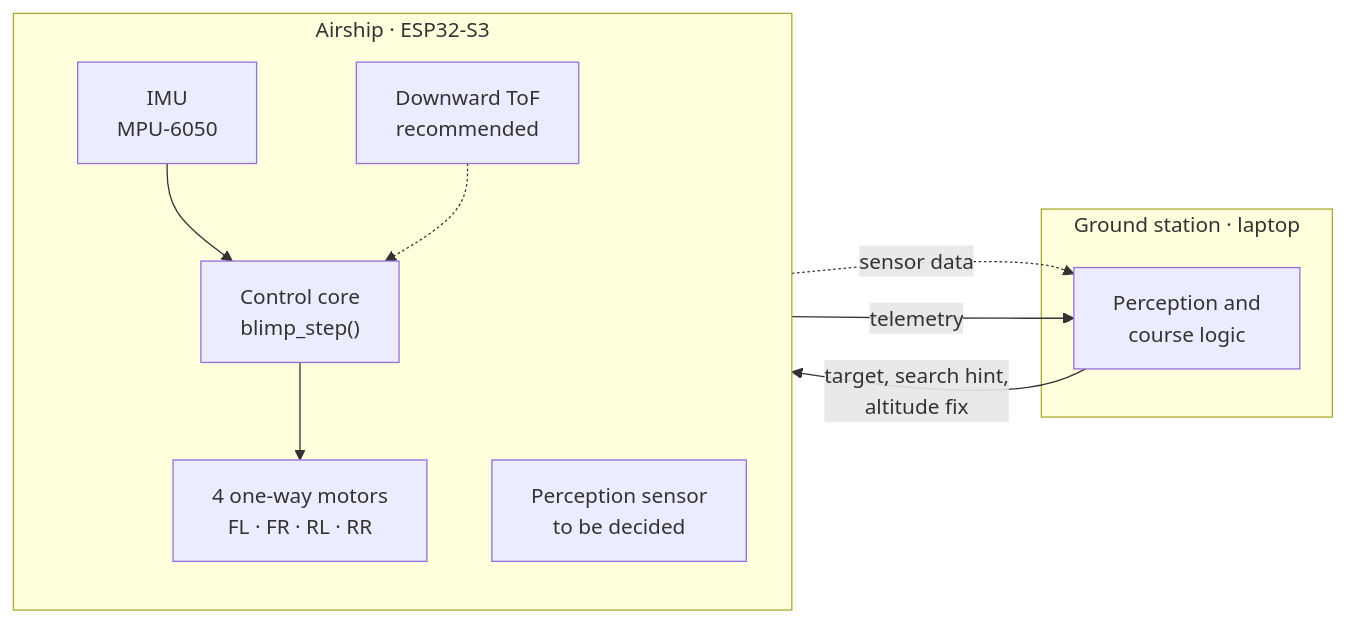
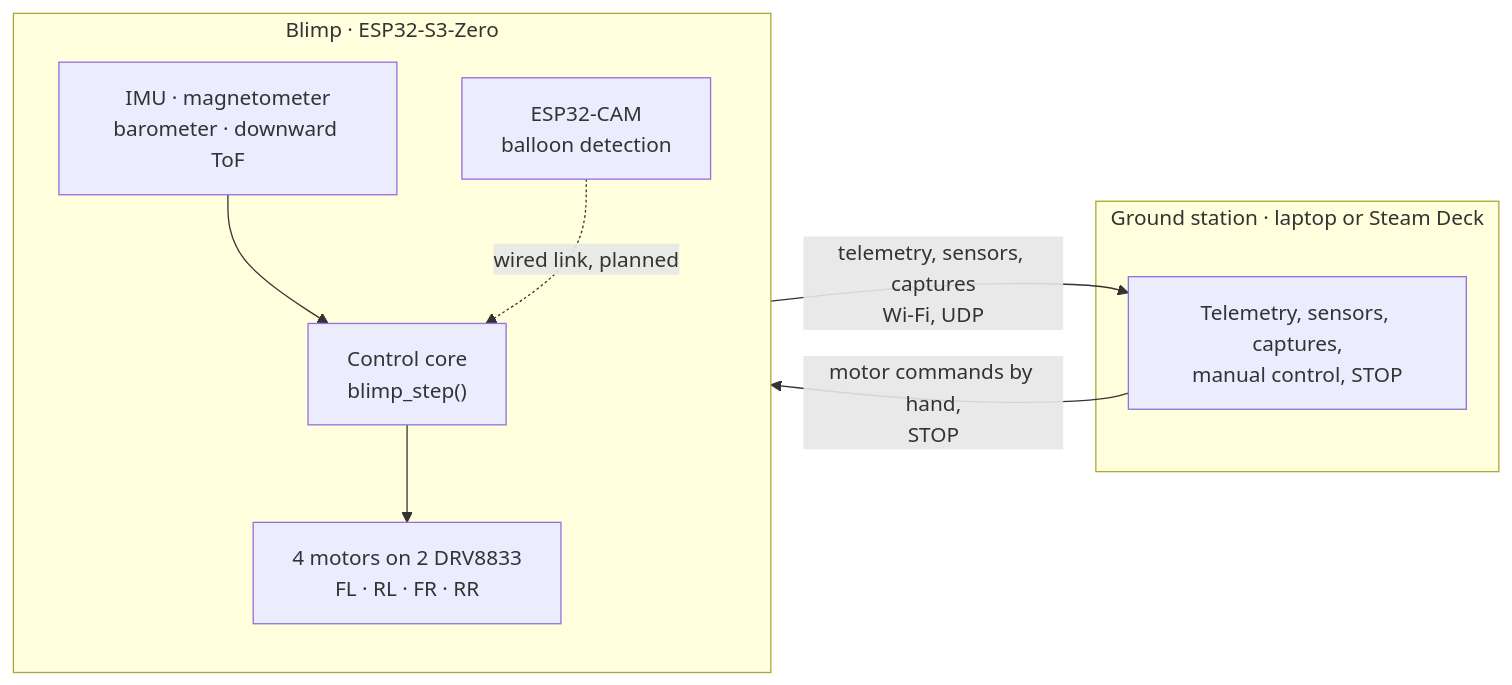
One commit to namontoy/icarus_blimp_un changed the first of 2 diagrams in README.md. Above: the diagram before and after it, drawn with Mermaid. The commit also changed other lines of this file and 18 other files, not shown here.

````diff
--- a/README.md
+++ b/README.md
@@ -175,20 +178,18 @@
 ```mermaid
 flowchart LR
-    subgraph AIR["Airship · ESP32-S3"]
+    subgraph AIR["Blimp · ESP32-S3-Zero"]
         direction TB
-        IMU["IMU<br/>MPU-6050"]
-        TOF["Downward ToF<br/>recommended"]
-        PS["Perception sensor<br/>to be decided"]
+        SEN["IMU · magnetometer<br/>barometer · downward ToF"]
+        CAM["ESP32-CAM<br/>balloon detection"]
         CORE["Control core<br/>blimp_step()"]
-        MOT["4 one-way motors<br/>FL · FR · RL · RR"]
-        IMU --> CORE
-        TOF -.-> CORE
+        MOT["4 motors on 2 DRV8833<br/>FL · RL · FR · RR"]
+        SEN --> CORE
+        CAM -. "wired link, planned" .-> CORE
         CORE --> MOT
     end
-    subgraph GS["Ground station · laptop"]
-        PER["Perception and<br/>course logic"]
+    subgraph GS["Ground station · laptop or Steam Deck"]
+        WIN["Telemetry, sensors, captures,<br/>manual control, STOP"]
     end
-    PS -. "sensor data" .-> PER
-    PER -- "target, search hint,<br/>altitude fix" --> CORE
-    CORE -- "telemetry" --> PER
+    AIR -- "telemetry, sensors, captures<br/>Wi-Fi, UDP" --> WIN
+    WIN -- "motor commands by hand,<br/>STOP" --> AIR
 ```
````
